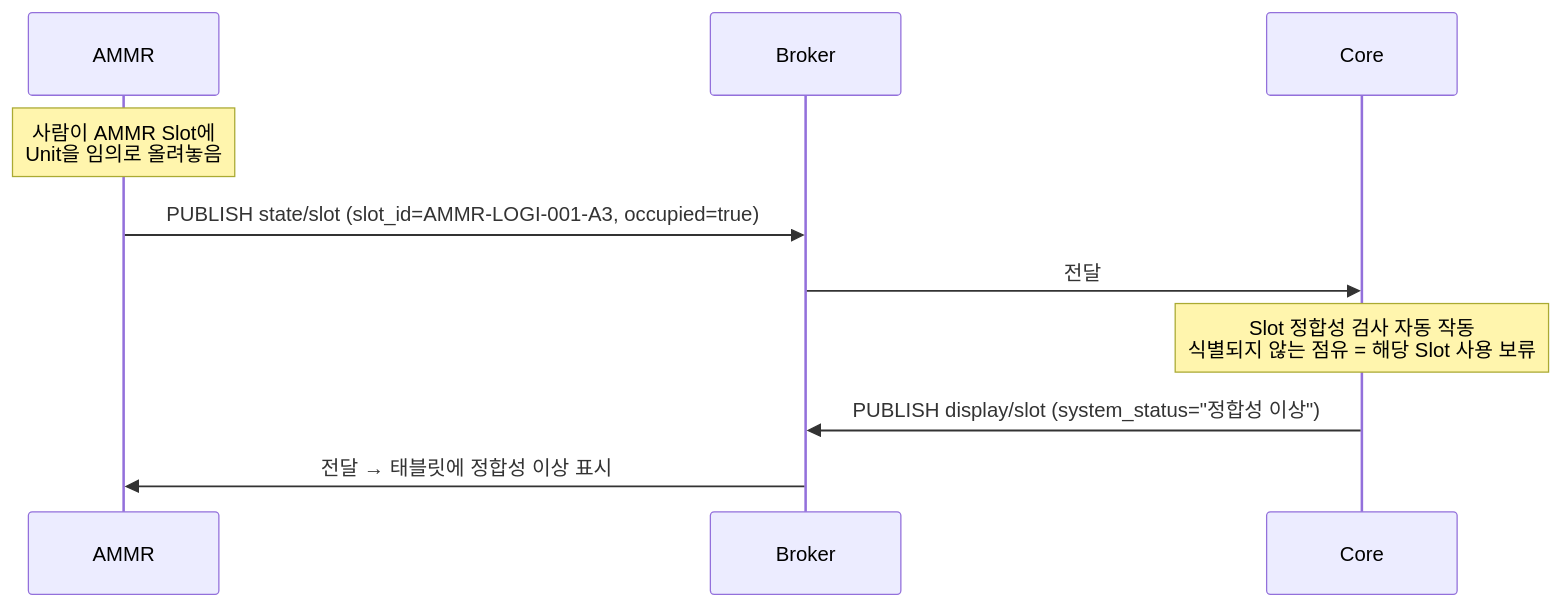
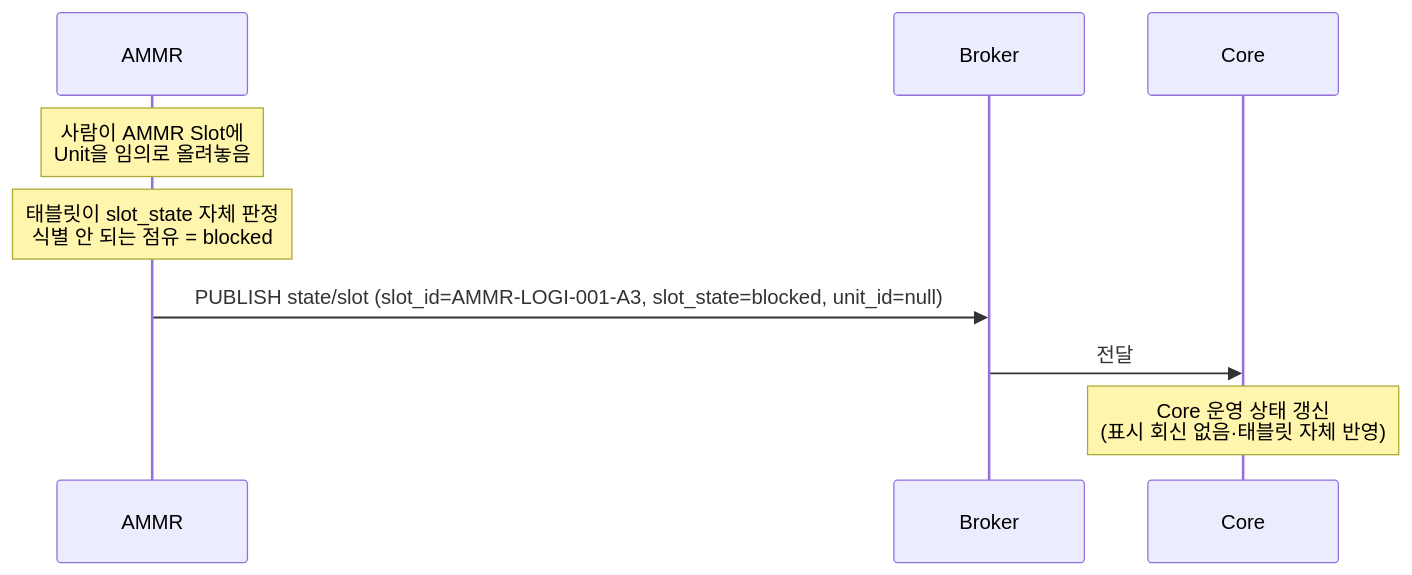
Before and after one commit to kimminsu0315/Core-Docs: the ninth of 13 diagrams in docs/out/Core_ICD_AMMR.md, drawn with Mermaid. The commit also changed other lines of this file and 8 other files, not shown here.

````diff
--- a/docs/out/Core_ICD_AMMR.md
+++ b/docs/out/Core_ICD_AMMR.md
@@ -1104,13 +975,12 @@
 ```mermaid
 sequenceDiagram
     participant A as AMMR
     participant B as Broker
     participant C as Core
 
     Note over A: 사람이 AMMR Slot에<br/>Unit을 임의로 올려놓음
-    A->>B: PUBLISH state/slot (slot_id=AMMR-LOGI-001-A3, occupied=true)
+    Note over A: 태블릿이 slot_state 자체 판정<br/>식별 안 되는 점유 = blocked
+    A->>B: PUBLISH state/slot (slot_id=AMMR-LOGI-001-A3, slot_state=blocked, unit_id=null)
     B->>C: 전달
-    Note over C: Slot 정합성 검사 자동 작동<br/>식별되지 않는 점유 = 해당 Slot 사용 보류
-    C->>B: PUBLISH display/slot (system_status="정합성 이상")
-    B->>A: 전달 → 태블릿에 정합성 이상 표시
+    Note over C: Core 운영 상태 갱신<br/>(표시 회신 없음·태블릿 자체 반영)
 ```
````
